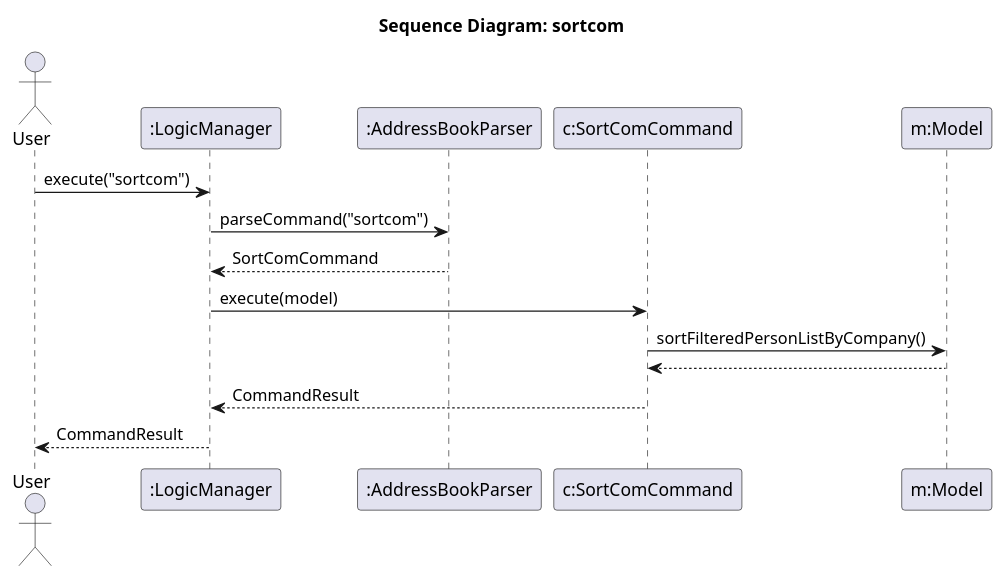
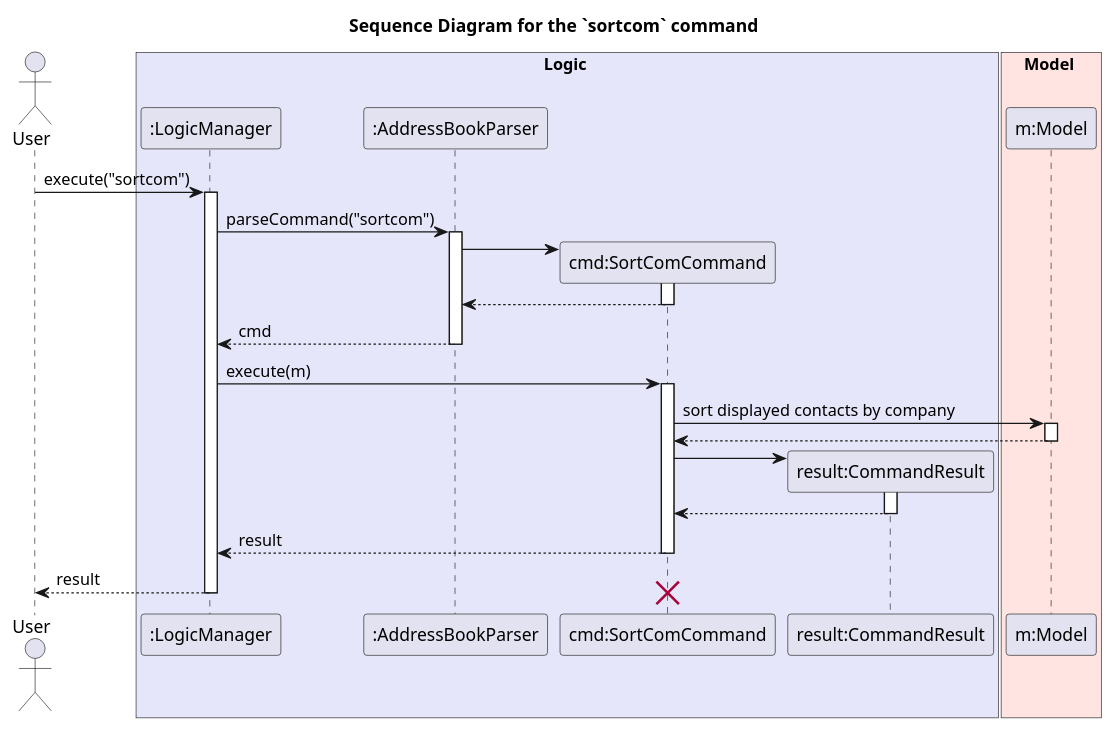
Before and after one commit to AY2526S2-CS2103-T11-1/tp: the diagram in diagrams/company/SortComSequenceDiagram.puml, drawn with PlantUML. The commit also changed 40 other files, not shown here.

```diff
--- a/diagrams/company/SortComSequenceDiagram.puml
+++ b/diagrams/company/SortComSequenceDiagram.puml
@@ -1,20 +1,54 @@
 @startuml
-title Sequence Diagram: sortcom
+title Sequence Diagram for the `sortcom` command
 
 actor User
+
+box Logic #E6E6FA
 participant ":LogicManager" as Logic
 participant ":AddressBookParser" as ABParser
-participant "c:SortComCommand" as Command
+participant "cmd:SortComCommand" as Command
+participant "result:CommandResult" as Result
+end box
+
+box Model #FFE4E1
 participant "m:Model" as Model
+end box
 
 User -> Logic : execute("sortcom")
+activate Logic
+
 Logic -> ABParser : parseCommand("sortcom")
-ABParser --> Logic : SortComCommand
+activate ABParser
 
-Logic -> Command : execute(model)
-Command -> Model : sortFilteredPersonListByCompany()
+create Command
+ABParser -> Command
+activate Command
+
+ABParser <-- Command
+deactivate Command
+
+Logic <-- ABParser : cmd
+deactivate ABParser
+
+Logic -> Command : execute(m)
+activate Command
+
+Command -> Model : sort displayed contacts by company
+activate Model
 Model --> Command
-Command --> Logic : CommandResult
-Logic --> User : CommandResult
+deactivate Model
+
+create Result
+Command -> Result
+activate Result
+Result --> Command
+deactivate Result
+
+Logic <-- Command : result
+deactivate Command
+
+User <-- Logic : result
+destroy Command
+deactivate Logic
 
 @enduml
```
